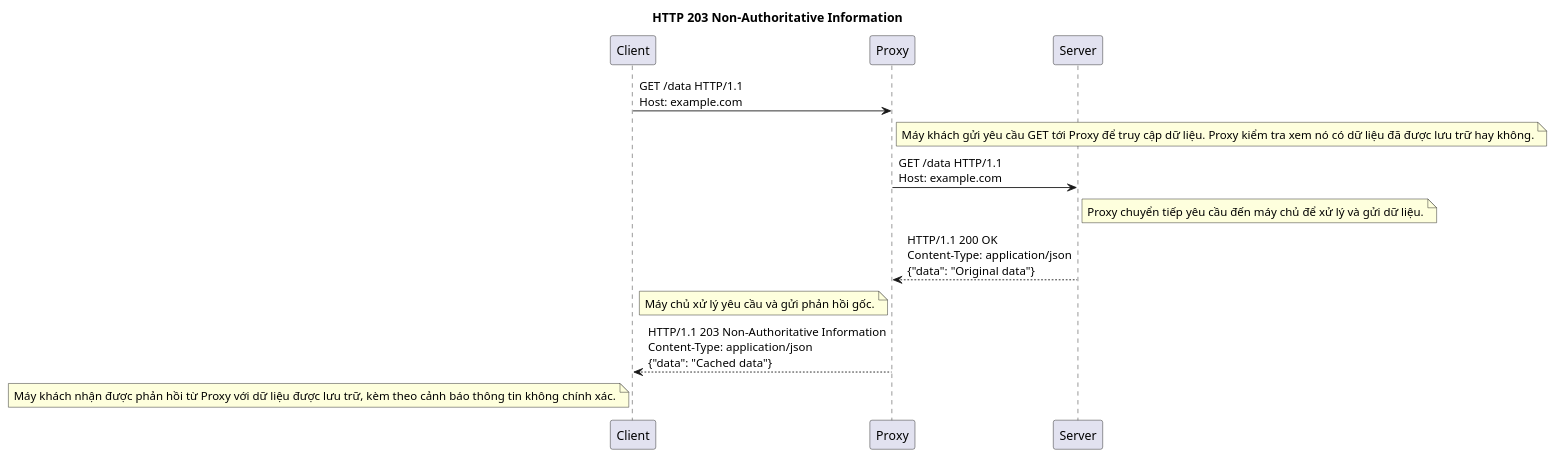
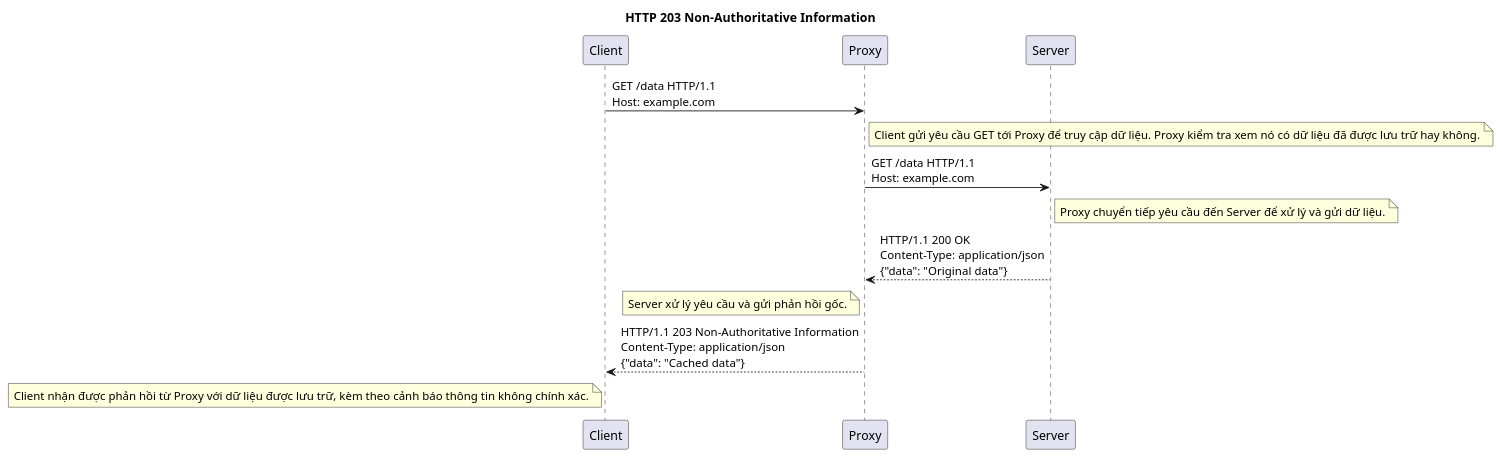
Before and after one commit to thanhlv-com/thanhlv-blog: the sixth of 27 diagrams in packages/apps/src/blog/2024-12-05-y-nghia-cua-cac-http-status-code.md, drawn with PlantUML. The commit also changed other lines of this file, not shown here.

````diff
--- a/packages/apps/src/blog/2024-12-05-y-nghia-cua-cac-http-status-code.md
+++ b/packages/apps/src/blog/2024-12-05-y-nghia-cua-cac-http-status-code.md
@@ -269,22 +269,22 @@
 ```plantuml
 @startuml
 
 title HTTP 203 Non-Authoritative Information
 
 participant "Client" as C
 participant "Proxy" as P
 participant "Server" as S
 
 C -> P: GET /data HTTP/1.1\nHost: example.com
-note right of P: Máy khách gửi yêu cầu GET tới Proxy để truy cập dữ liệu. Proxy kiểm tra xem nó có dữ liệu đã được lưu trữ hay không.
+note right of P: Client gửi yêu cầu GET tới Proxy để truy cập dữ liệu. Proxy kiểm tra xem nó có dữ liệu đã được lưu trữ hay không.
 
 P -> S: GET /data HTTP/1.1\nHost: example.com
-note right of S: Proxy chuyển tiếp yêu cầu đến máy chủ để xử lý và gửi dữ liệu.
+note right of S: Proxy chuyển tiếp yêu cầu đến Server để xử lý và gửi dữ liệu.
 
 S --> P: HTTP/1.1 200 OK\nContent-Type: application/json\n{"data": "Original data"}
-note left of P: Máy chủ xử lý yêu cầu và gửi phản hồi gốc.
+note left of P: Server xử lý yêu cầu và gửi phản hồi gốc.
 
 P --> C: HTTP/1.1 203 Non-Authoritative Information\nContent-Type: application/json\n{"data": "Cached data"}
-note left of C: Máy khách nhận được phản hồi từ Proxy với dữ liệu được lưu trữ, kèm theo cảnh báo thông tin không chính xác.
+note left of C: Client nhận được phản hồi từ Proxy với dữ liệu được lưu trữ, kèm theo cảnh báo thông tin không chính xác.
 @enduml
 ```
````
